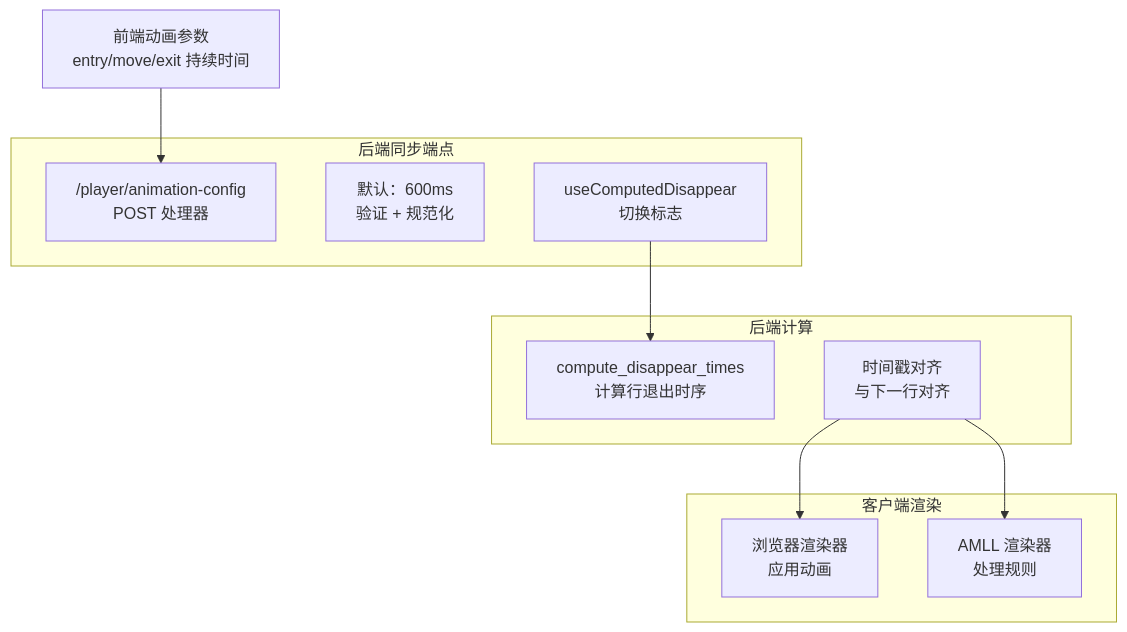
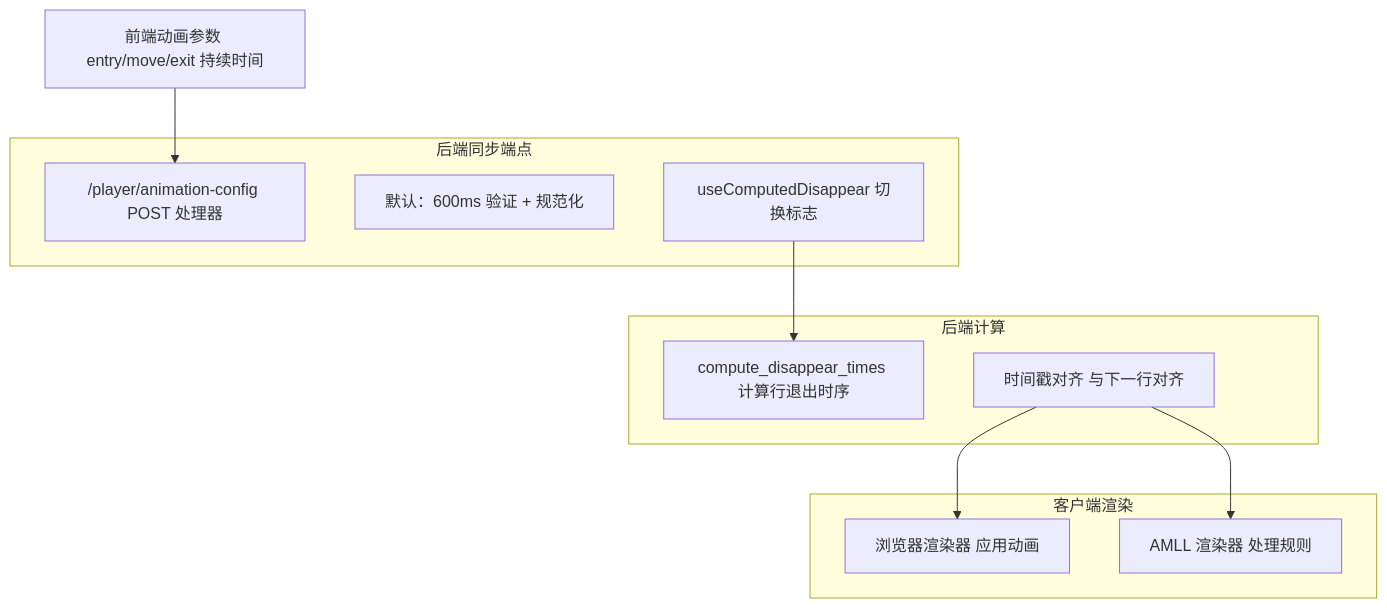
Before and after one commit to HKLHaoBin/LyricSphere: the eighth of 44 diagrams in README.md, drawn with Mermaid. The commit also changed other lines of this file, not shown here.

Commit message:
docs: 更新README中的流程图文本格式

````diff
--- a/README.md
+++ b/README.md
@@ -729,32 +729,32 @@
 ```mermaid
 flowchart TD
-    FrontendParams["前端动画参数\nentry/move/exit 持续时间"]
-    AnimConfigRoute["/player/animation-config\nPOST 处理器"]
-    DefaultSync["默认：600ms\n验证 + 规范化"]
-    UseComputedFlag["useComputedDisappear\n切换标志"]
-    ComputeDisappear["compute_disappear_times\n计算行退出时序"]
-    TimestampAlign["时间戳对齐\n与下一行对齐"]
-    BrowserRender["浏览器渲染器\n应用动画"]
-    AMLLRender["AMLL 渲染器\n处理规则"]
+    FrontendParams["前端动画参数 entry/move/exit 持续时间"]
+    AnimConfigRoute["/player/animation-config POST 处理器"]
+    DefaultSync["默认：600ms 验证 + 规范化"]
+    UseComputedFlag["useComputedDisappear 切换标志"]
+    ComputeDisappear["compute_disappear_times 计算行退出时序"]
+    TimestampAlign["时间戳对齐 与下一行对齐"]
+    BrowserRender["浏览器渲染器 应用动画"]
+    AMLLRender["AMLL 渲染器 处理规则"]
 
     FrontendParams --> AnimConfigRoute
     UseComputedFlag --> ComputeDisappear
     TimestampAlign --> BrowserRender
     TimestampAlign --> AMLLRender
 
     subgraph ClientRendering[客户端渲染]
         BrowserRender
         AMLLRender
     end
 
     subgraph BackendCalculation[后端计算]
         ComputeDisappear
         TimestampAlign
     end
 
     subgraph BackendSyncEndpoint[后端同步端点]
         AnimConfigRoute
         DefaultSync
         UseComputedFlag
     end
 ```
````
